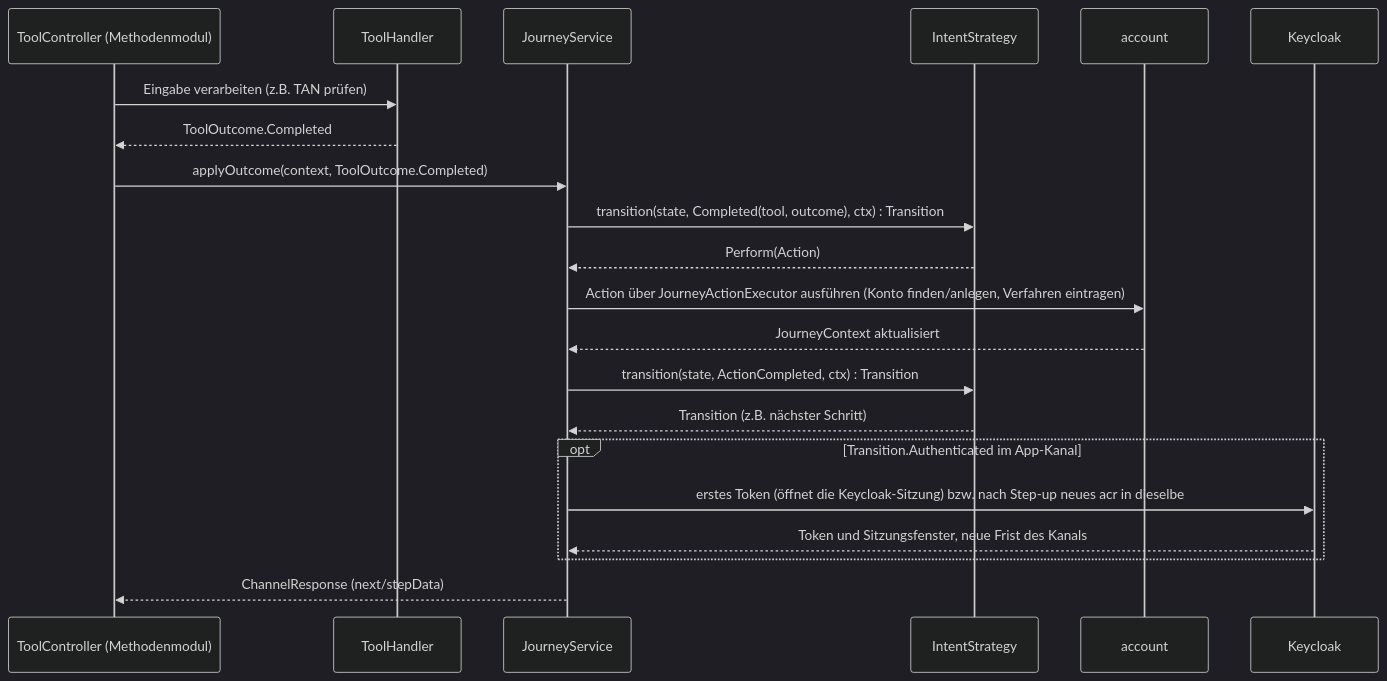
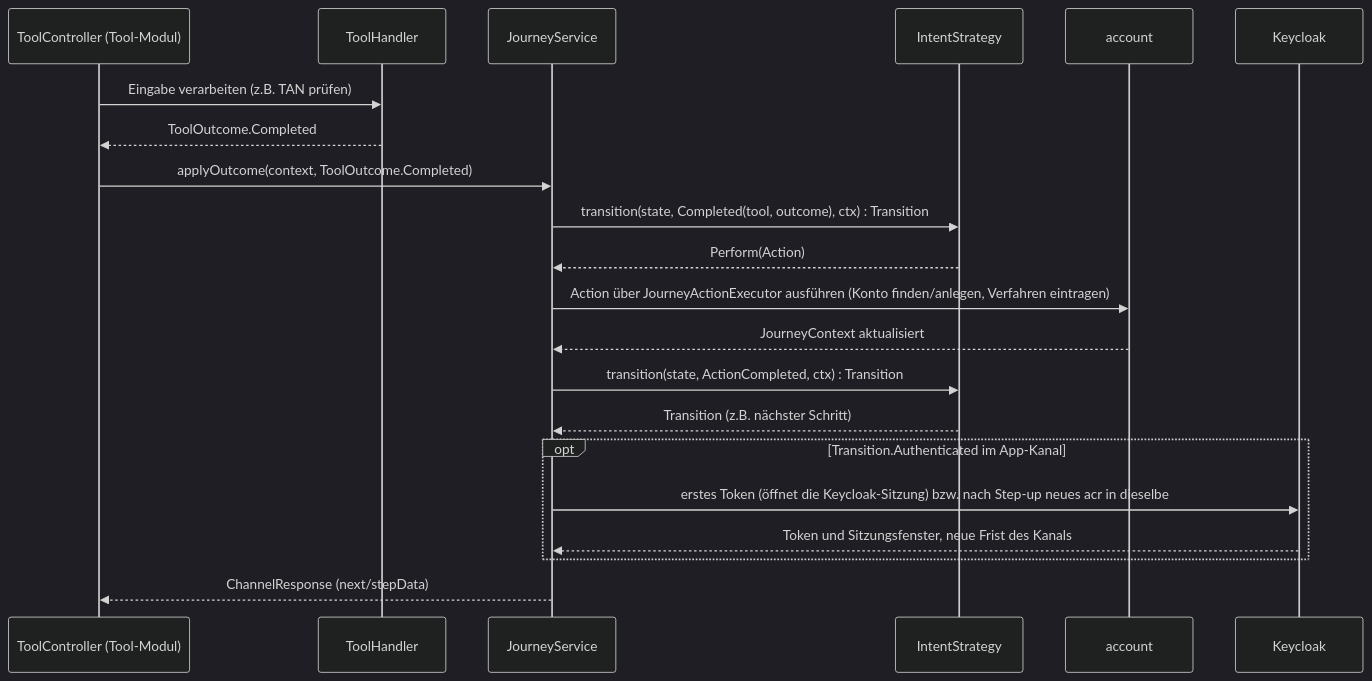
The second of 2 diagrams in docs/03-tool-architektur.md (rpreissel/identity-demo), drawn with Mermaid (dark theme) before and after one commit. The commit also changed other lines of this file and 62 other files, not shown here.

````diff
--- a/docs/03-tool-architektur.md
+++ b/docs/03-tool-architektur.md
@@ -53,25 +53,25 @@
 ```mermaid
 sequenceDiagram
-  participant TC as ToolController (Methodenmodul)
+  participant TC as ToolController (Tool-Modul)
   participant TH as ToolHandler
   participant JS as JourneyService
   participant IS as IntentStrategy
   participant AC as account
   participant KC as Keycloak
 
   TC->>TH: Eingabe verarbeiten (z.B. TAN prüfen)
   TH-->>TC: ToolOutcome.Completed
 
   TC->>JS: applyOutcome(context, ToolOutcome.Completed)
   JS->>IS: transition(state, Completed(tool, outcome), ctx) : Transition
   IS-->>JS: Perform(Action)
   JS->>AC: Action über JourneyActionExecutor ausführen (Konto finden/anlegen, Verfahren eintragen)
   AC-->>JS: JourneyContext aktualisiert
   JS->>IS: transition(state, ActionCompleted, ctx) : Transition
   IS-->>JS: Transition (z.B. nächster Schritt)
   opt Transition.Authenticated im App-Kanal
     JS->>KC: erstes Token (öffnet die Keycloak-Sitzung) bzw. nach Step-up neues acr in dieselbe
     KC-->>JS: Token und Sitzungsfenster, neue Frist des Kanals
   end
   JS-->>TC: ChannelResponse (next/stepData)
 ```
````
